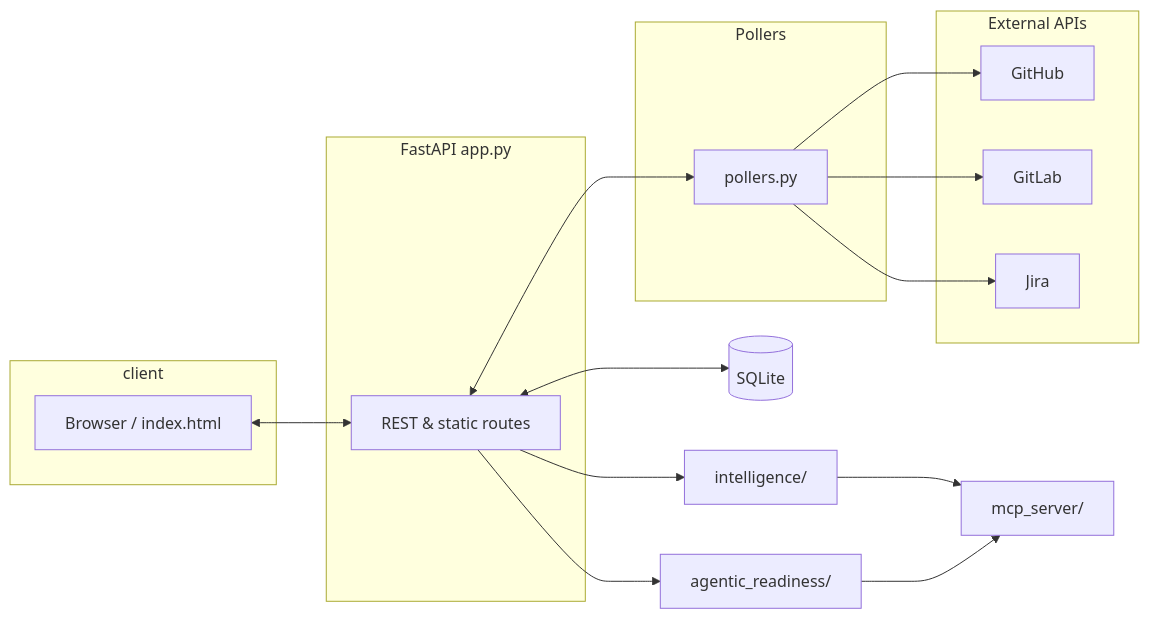
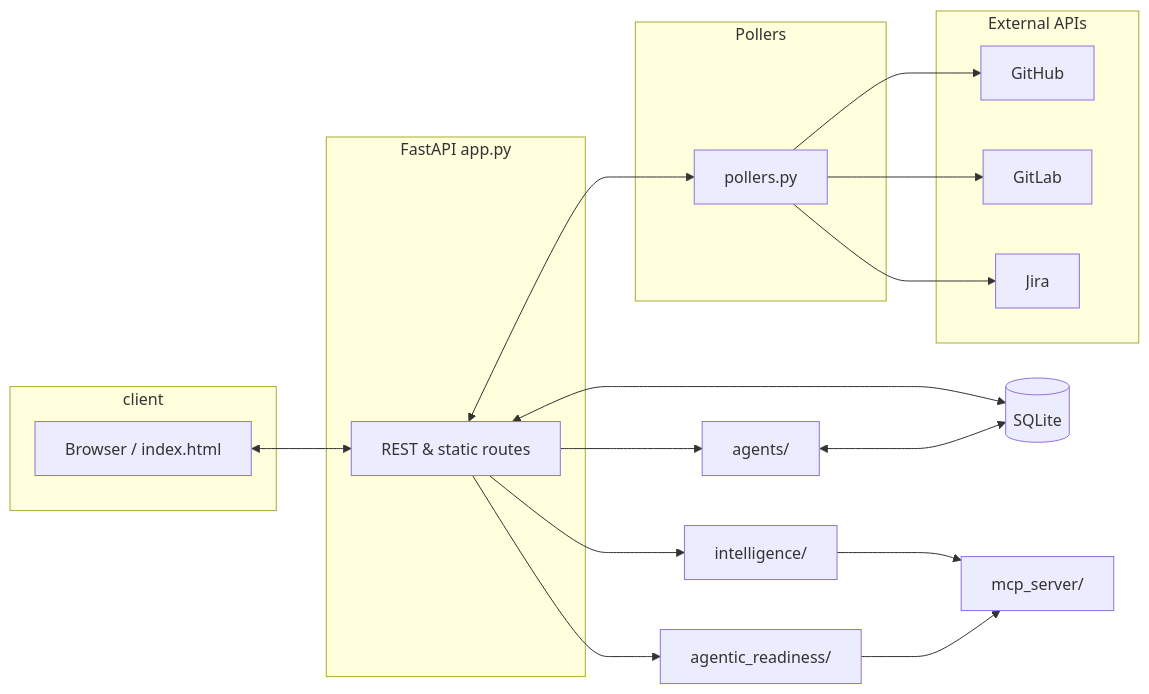
One commit to happybhati/workstream changed the diagram in README.md. Above: the diagram before and after it, drawn with Mermaid. The commit also changed other lines of this file and 2 other files, not shown here.

First line of the commit message:
docs: add Agents Dashboard screenshots and update README

````diff
--- a/README.md
+++ b/README.md
@@ -75,32 +86,35 @@
 ```mermaid
 flowchart LR
   subgraph client
     B[Browser / index.html]
   end
   subgraph server[FastAPI app.py]
     API[REST & static routes]
   end
   subgraph workers[Pollers]
     P[pollers.py]
   end
   subgraph apis[External APIs]
     GH[GitHub]
     GL[GitLab]
     JR[Jira]
   end
   DB[(SQLite)]
   INT[intelligence/]
   RDY[agentic_readiness/]
+  AGT[agents/]
   MCP[mcp_server/]
 
   B <--> API
   API <--> P
   P --> GH
   P --> GL
   P --> JR
   API <--> DB
   API --> INT
   API --> RDY
+  API --> AGT
+  AGT <--> DB
   INT --> MCP
   RDY --> MCP
 ```
````
